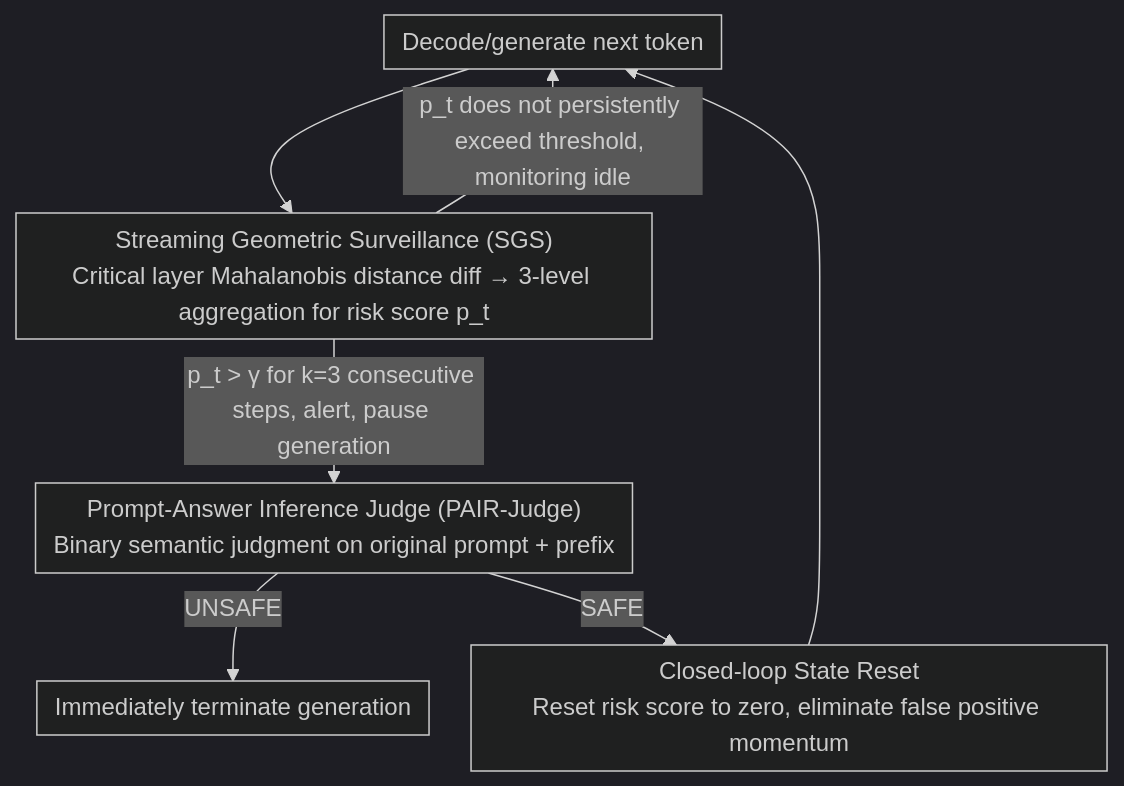
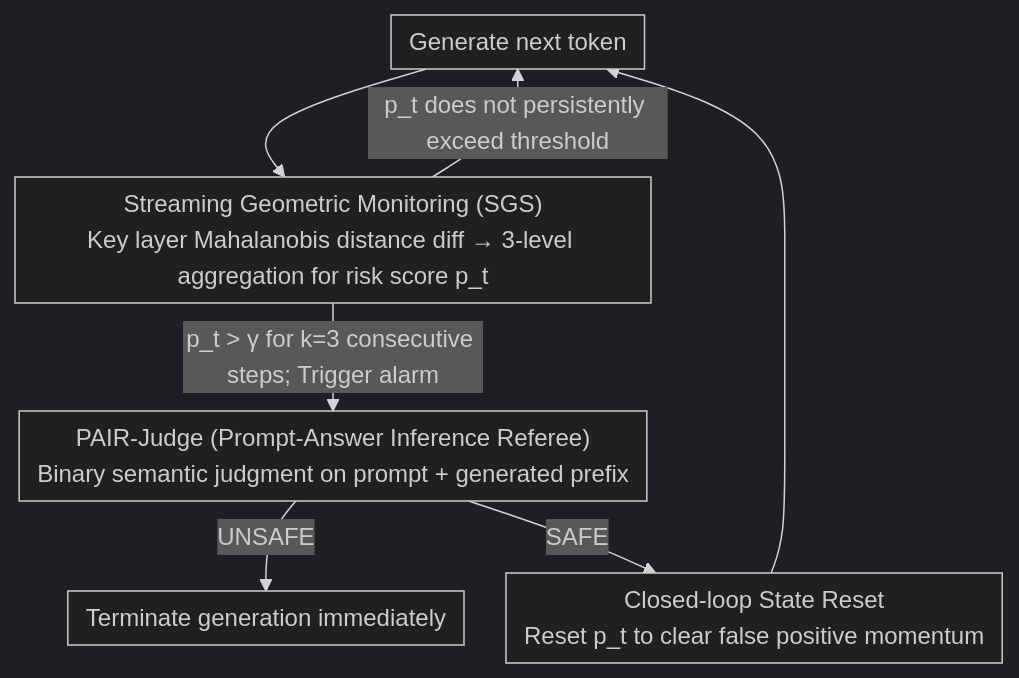
One commit to zhaoyang97/Paper-Notes-en changed the diagram in docs/ACL2026/llm_safety/trajguard_streaming_hidden-state_trajectory_detection_for_decoding-time_jailbrea.md. Above: the diagram before and after it, drawn with Mermaid (dark theme). The commit also changed other lines of this file and 5084 other files, not shown here.

````diff
--- a/docs/ACL2026/llm_safety/trajguard_streaming_hidden-state_trajectory_detection_for_decoding-time_jailbrea.md
+++ b/docs/ACL2026/llm_safety/trajguard_streaming_hidden-state_trajectory_detection_for_decoding-time_jailbrea.md
@@ -44,10 +44,10 @@
 ```mermaid
 %%{init: {'flowchart': {'rankSpacing': 24, 'nodeSpacing': 28, 'padding': 6, 'wrappingWidth': 400}}}%%
 flowchart TD
-    A["Decode/generate next token"] --> B["Streaming Geometric Surveillance (SGS)<br/>Critical layer Mahalanobis distance diff → 3-level aggregation for risk score p_t"]
-    B -->|"p_t does not persistently exceed threshold, monitoring idle"| A
-    B -->|"p_t > γ for k=3 consecutive steps, alert, pause generation"| C["Prompt-Answer Inference Judge (PAIR-Judge)<br/>Binary semantic judgment on original prompt + prefix"]
-    C -->|"UNSAFE"| D["Immediately terminate generation"]
-    C -->|"SAFE"| E["Closed-loop State Reset<br/>Reset risk score to zero, eliminate false positive momentum"]
+    A["Generate next token"] --> B["Streaming Geometric Monitoring (SGS)<br/>Key layer Mahalanobis distance diff → 3-level aggregation for risk score p_t"]
+    B -->|"p_t does not persistently exceed threshold"| A
+    B -->|"p_t > γ for k=3 consecutive steps; Trigger alarm"| C["PAIR-Judge (Prompt-Answer Inference Referee)<br/>Binary semantic judgment on prompt + generated prefix"]
+    C -->|"UNSAFE"| D["Terminate generation immediately"]
+    C -->|"SAFE"| E["Closed-loop State Reset<br/>Reset p_t to clear false positive momentum"]
     E --> A
 ```
````
